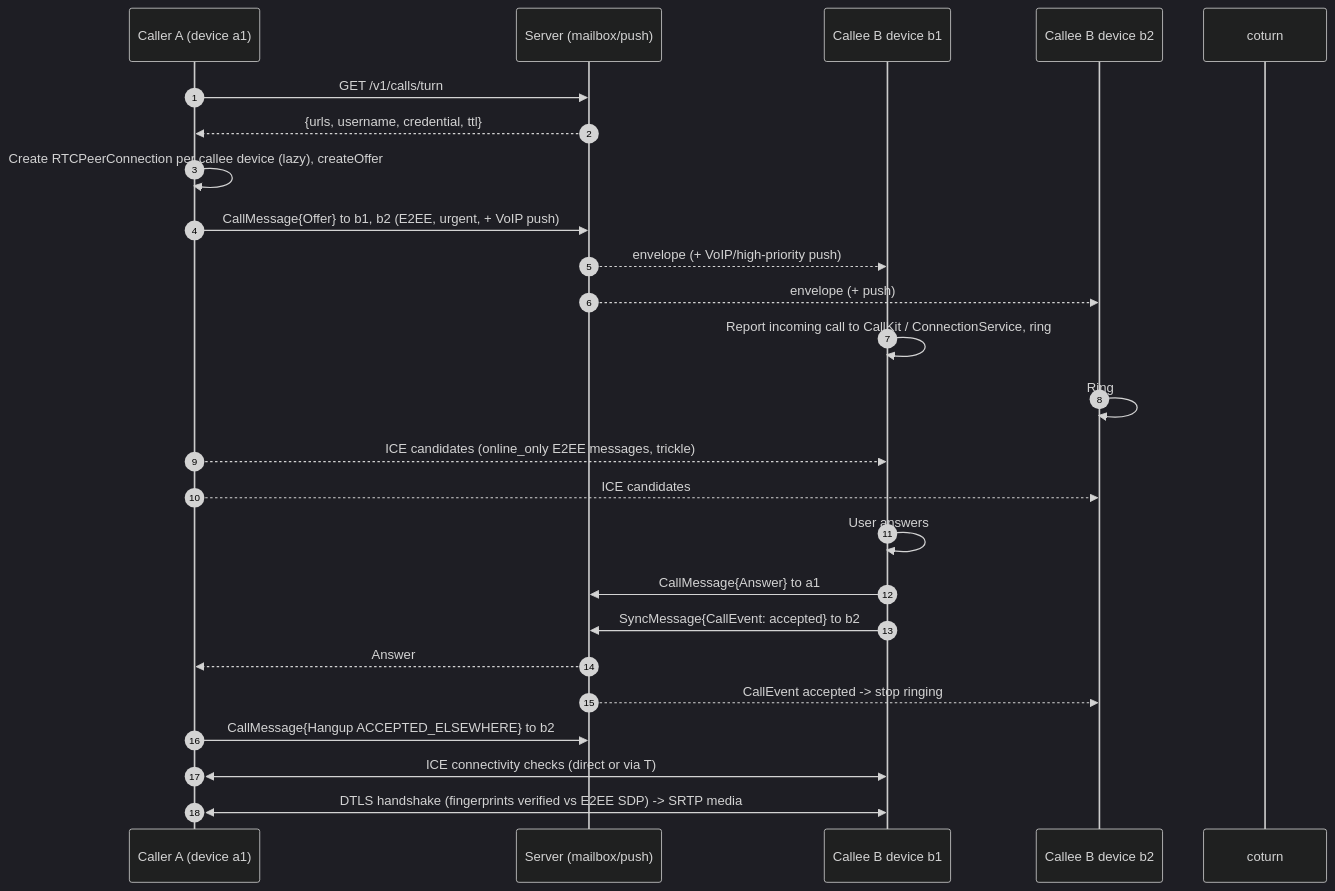
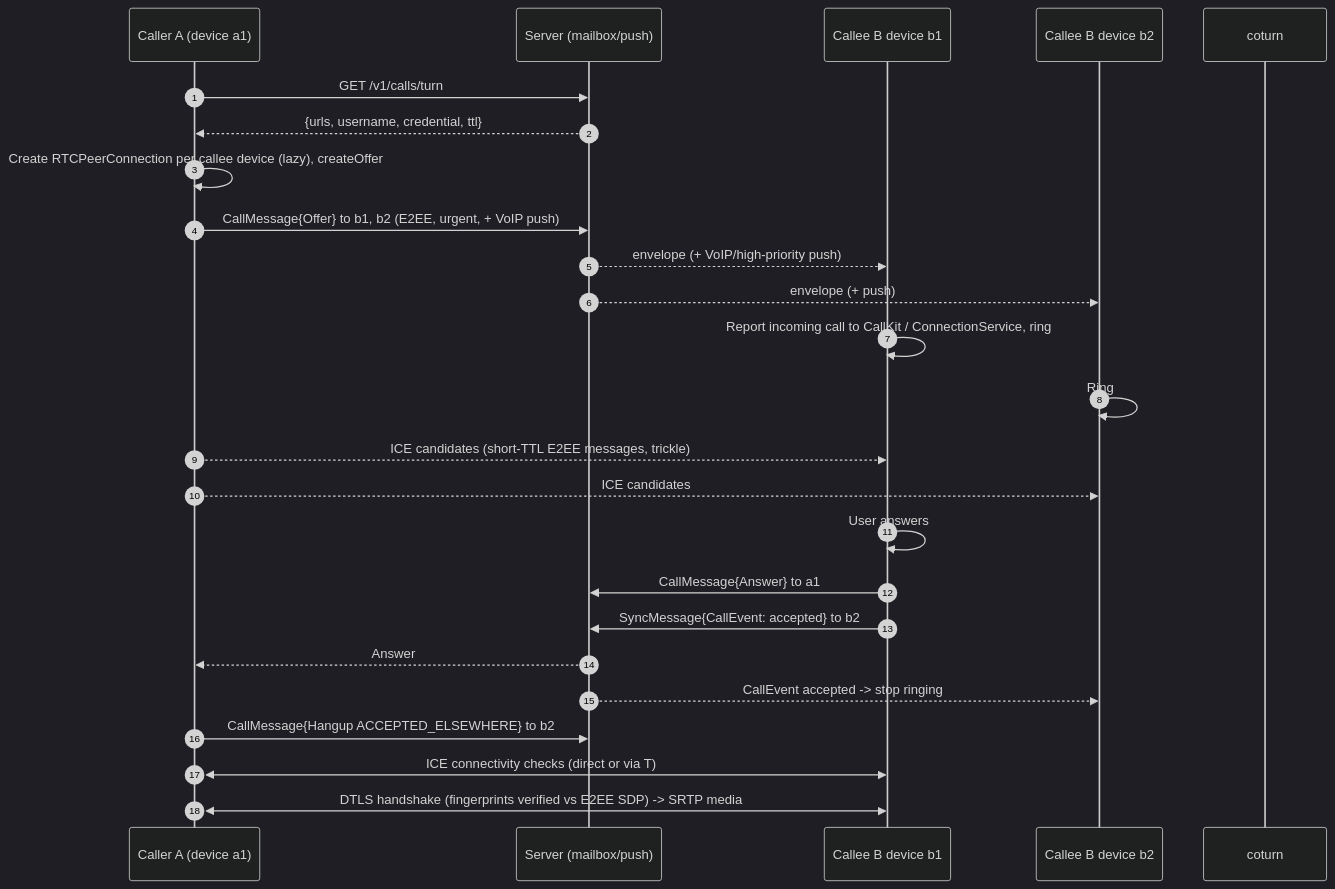
One commit to bogdancstrike/convo changed the third of 4 diagrams in docs/specs.md. Above: the diagram before and after it, drawn with Mermaid (dark theme). The commit also changed other lines of this file and 4 other files, not shown here.

````diff
--- a/docs/specs.md
+++ b/docs/specs.md
@@ -1010,27 +1035,27 @@
 ```mermaid
 sequenceDiagram
     autonumber
     participant A as Caller A (device a1)
     participant S as Server (mailbox/push)
     participant B1 as Callee B device b1
     participant B2 as Callee B device b2
     participant T as coturn
     A->>S: GET /v1/calls/turn
     S-->>A: {urls, username, credential, ttl}
     A->>A: Create RTCPeerConnection per callee device (lazy), createOffer
     A->>S: CallMessage{Offer} to b1, b2 (E2EE, urgent, + VoIP push)
     S-->>B1: envelope (+ VoIP/high-priority push)
     S-->>B2: envelope (+ push)
     B1->>B1: Report incoming call to CallKit / ConnectionService, ring
     B2->>B2: Ring
-    A-->>B1: ICE candidates (online_only E2EE messages, trickle)
+    A-->>B1: ICE candidates (short-TTL E2EE messages, trickle)
     A-->>B2: ICE candidates
     B1->>B1: User answers
     B1->>S: CallMessage{Answer} to a1
     B1->>S: SyncMessage{CallEvent: accepted} to b2
     S-->>A: Answer
     S-->>B2: CallEvent accepted -> stop ringing
     A->>S: CallMessage{Hangup ACCEPTED_ELSEWHERE} to b2
     A<<->>B1: ICE connectivity checks (direct or via T)
     A<<->>B1: DTLS handshake (fingerprints verified vs E2EE SDP) -> SRTP media
 ```
````
